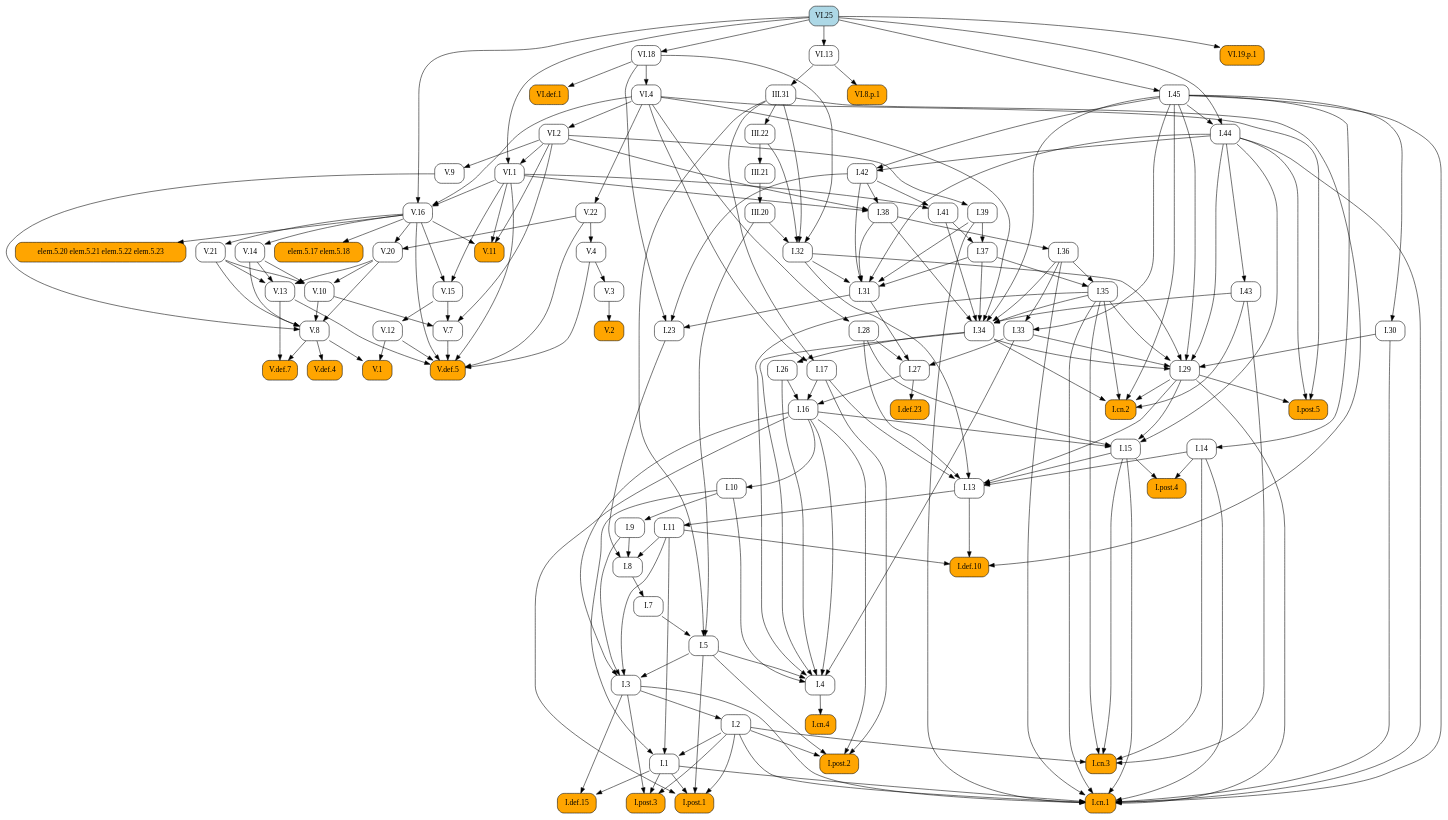
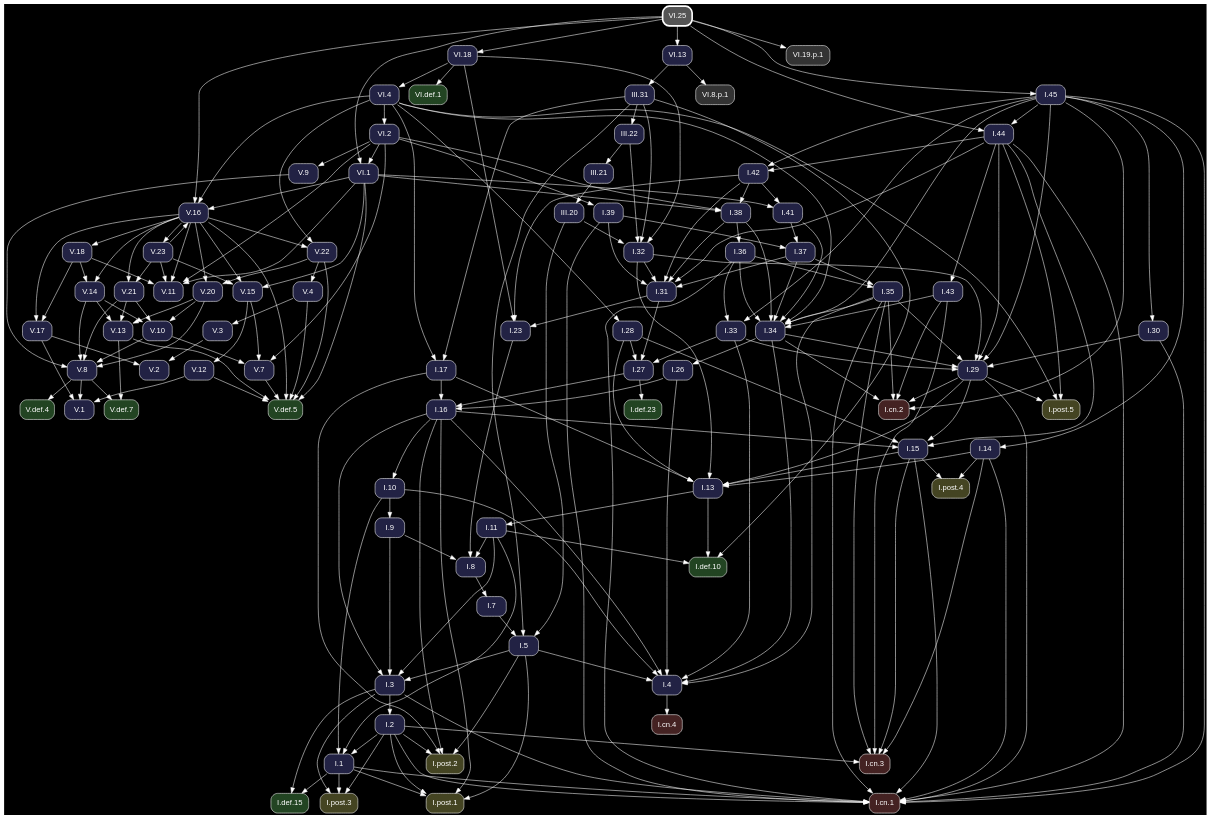
The diagram in docsrc/heath/VI/25/index.rst (geometor/elements), drawn with Graphviz before and after one commit. The commit also changed other lines of this file and 1200 other files, not shown here.

Commit message:
update dependency graphs

```diff
--- a/docsrc/heath/VI/25/index.rst
+++ b/docsrc/heath/VI/25/index.rst
@@ -48,233 +48,100 @@
 .. graphviz::
 
    digraph {
+     bgcolor="black";
+     node [shape=box, style="rounded,filled", fontname="Helvetica", color="white", fontcolor="white"];
+     edge [color="white", fontcolor="white"];
      rankdir="TB";
-     node [shape=box, style=rounded];
-     "I.23" [URL="/heath/I/23/", target="_top"];
-     "I.9" [URL="/heath/I/9/", target="_top"];
-     "VI.def.1" [style="rounded,filled", fillcolor=orange, URL="/heath/VI/def.1/", target="_top"];
-     "V.13" [URL="/heath/V/13/", target="_top"];
-     "I.def.15" [style="rounded,filled", fillcolor=orange, URL="/heath/I/def.15/", target="_top"];
-     "V.7" [URL="/heath/V/7/", target="_top"];
-     "elem.5.17 elem.5.18" [style="rounded,filled", fillcolor=orange];
-     "I.post.1" [style="rounded,filled", fillcolor=orange, URL="/heath/I/post.1/", target="_top"];
-     "V.14" [URL="/heath/V/14/", target="_top"];
-     "III.20" [URL="/heath/III/20/", target="_top"];
-     "I.43" [URL="/heath/I/43/", target="_top"];
-     "V.9" [URL="/heath/V/9/", target="_top"];
-     "I.30" [URL="/heath/I/30/", target="_top"];
-     "I.31" [URL="/heath/I/31/", target="_top"];
-     "III.22" [URL="/heath/III/22/", target="_top"];
-     "V.10" [URL="/heath/V/10/", target="_top"];
-     "I.def.10" [style="rounded,filled", fillcolor=orange, URL="/heath/I/def.10/", target="_top"];
-     "V.4" [URL="/heath/V/4/", target="_top"];
-     "VI.8.p.1" [style="rounded,filled", fillcolor=orange];
-     "VI.1" [URL="/heath/VI/1/", target="_top"];
-     "I.39" [URL="/heath/I/39/", target="_top"];
-     "I.14" [URL="/heath/I/14/", target="_top"];
-     "V.11" [style="rounded,filled", fillcolor=orange, URL="/heath/V/11/", target="_top"];
-     "I.34" [URL="/heath/I/34/", target="_top"];
-     "I.3" [URL="/heath/I/3/", target="_top"];
-     "V.def.4" [style="rounded,filled", fillcolor=orange, URL="/heath/V/def.4/", target="_top"];
-     "VI.25" [style="rounded,filled", fillcolor=lightblue, URL="/heath/VI/25/", target="_top"];
-     "V.def.7" [style="rounded,filled", fillcolor=orange, URL="/heath/V/def.7/", target="_top"];
-     "V.21" [URL="/heath/V/21/", target="_top"];
-     "I.2" [URL="/heath/I/2/", target="_top"];
-     "V.3" [URL="/heath/V/3/", target="_top"];
-     "I.13" [URL="/heath/I/13/", target="_top"];
-     "I.post.4" [style="rounded,filled", fillcolor=orange, URL="/heath/I/post.4/", target="_top"];
-     "I.4" [URL="/heath/I/4/", target="_top"];
-     "I.1" [URL="/heath/I/1/", target="_top"];
-     "I.8" [URL="/heath/I/8/", target="_top"];
-     "I.17" [URL="/heath/I/17/", target="_top"];
-     "I.45" [URL="/heath/I/45/", target="_top"];
-     "I.29" [URL="/heath/I/29/", target="_top"];
-     "I.38" [URL="/heath/I/38/", target="_top"];
-     "V.8" [URL="/heath/V/8/", target="_top"];
-     "I.15" [URL="/heath/I/15/", target="_top"];
-     "I.10" [URL="/heath/I/10/", target="_top"];
-     "I.11" [URL="/heath/I/11/", target="_top"];
-     "I.def.23" [style="rounded,filled", fillcolor=orange, URL="/heath/I/def.23/", target="_top"];
-     "I.44" [URL="/heath/I/44/", target="_top"];
-     "VI.4" [URL="/heath/VI/4/", target="_top"];
-     "I.26" [URL="/heath/I/26/", target="_top"];
-     "V.16" [URL="/heath/V/16/", target="_top"];
-     "I.33" [URL="/heath/I/33/", target="_top"];
-     "I.32" [URL="/heath/I/32/", target="_top"];
-     "I.post.3" [style="rounded,filled", fillcolor=orange, URL="/heath/I/post.3/", target="_top"];
-     "V.def.5" [style="rounded,filled", fillcolor=orange, URL="/heath/V/def.5/", target="_top"];
-     "I.42" [URL="/heath/I/42/", target="_top"];
-     "VI.13" [URL="/heath/VI/13/", target="_top"];
-     "V.20" [URL="/heath/V/20/", target="_top"];
-     "I.27" [URL="/heath/I/27/", target="_top"];
-     "V.12" [URL="/heath/V/12/", target="_top"];
-     "I.35" [URL="/heath/I/35/", target="_top"];
-     "I.cn.1" [style="rounded,filled", fillcolor=orange, URL="/heath/I/cn.1/", target="_top"];
-     "V.2" [style="rounded,filled", fillcolor=orange, URL="/heath/V/2/", target="_top"];
-     "I.7" [URL="/heath/I/7/", target="_top"];
-     "I.36" [URL="/heath/I/36/", target="_top"];
-     "I.5" [URL="/heath/I/5/", target="_top"];
-     "I.37" [URL="/heath/I/37/", target="_top"];
-     "VI.19.p.1" [style="rounded,filled", fillcolor=orange];
-     "I.cn.3" [style="rounded,filled", fillcolor=orange, URL="/heath/I/cn.3/", target="_top"];
-     "I.16" [URL="/heath/I/16/", target="_top"];
-     "III.31" [URL="/heath/III/31/", target="_top"];
-     "VI.18" [URL="/heath/VI/18/", target="_top"];
-     "V.1" [style="rounded,filled", fillcolor=orange, URL="/heath/V/1/", target="_top"];
-     "V.22" [URL="/heath/V/22/", target="_top"];
-     "I.cn.2" [style="rounded,filled", fillcolor=orange, URL="/heath/I/cn.2/", target="_top"];
-     "I.post.5" [style="rounded,filled", fillcolor=orange, URL="/heath/I/post.5/", target="_top"];
-     "I.28" [URL="/heath/I/28/", target="_top"];
-     "VI.2" [URL="/heath/VI/2/", target="_top"];
-     "I.cn.4" [style="rounded,filled", fillcolor=orange, URL="/heath/I/cn.4/", target="_top"];
-     "V.15" [URL="/heath/V/15/", target="_top"];
-     "I.41" [URL="/heath/I/41/", target="_top"];
-     "I.post.2" [style="rounded,filled", fillcolor=orange, URL="/heath/I/post.2/", target="_top"];
-     "III.21" [URL="/heath/III/21/", target="_top"];
-     "elem.5.20 elem.5.21 elem.5.22 elem.5.23" [style="rounded,filled", fillcolor=orange];
-     "I.31" -> "I.23";
-     "I.42" -> "I.23";
-     "VI.18" -> "I.23";
-     "I.10" -> "I.9";
-     "VI.18" -> "VI.def.1";
-     "V.14" -> "V.13";
-     "V.20" -> "V.13";
-     "V.21" -> "V.13";
-     "I.1" -> "I.def.15";
-     "I.3" -> "I.def.15";
-     "V.10" -> "V.7";
-     "V.15" -> "V.7";
-     "VI.2" -> "V.7";
-     "V.16" -> "elem.5.17 elem.5.18";
-     "I.1" -> "I.post.1";
-     "I.2" -> "I.post.1";
-     "I.5" -> "I.post.1";
-     "I.16" -> "I.post.1";
-     "V.16" -> "V.14";
-     "III.21" -> "III.20";
-     "I.44" -> "I.43";
-     "VI.2" -> "V.9";
-     "I.45" -> "I.30";
-     "I.32" -> "I.31";
-     "I.37" -> "I.31";
-     "I.38" -> "I.31";
-     "I.39" -> "I.31";
-     "I.42" -> "I.31";
-     "I.44" -> "I.31";
-     "III.31" -> "III.22";
-     "V.14" -> "V.10";
-     "V.20" -> "V.10";
-     "V.21" -> "V.10";
-     "I.11" -> "I.def.10";
-     "I.13" -> "I.def.10";
-     "III.31" -> "I.def.10";
-     "V.22" -> "V.4";
-     "VI.13" -> "VI.8.p.1";
-     "VI.2" -> "VI.1";
-     "VI.25" -> "VI.1";
-     "VI.2" -> "I.39";
-     "I.45" -> "I.14";
-     "V.16" -> "V.11";
-     "VI.1" -> "V.11";
-     "VI.2" -> "V.11";
-     "I.35" -> "I.34";
-     "I.36" -> "I.34";
-     "I.37" -> "I.34";
-     "I.38" -> "I.34";
-     "I.41" -> "I.34";
-     "I.43" -> "I.34";
-     "I.45" -> "I.34";
-     "VI.4" -> "I.34";
-     "I.5" -> "I.3";
-     "I.9" -> "I.3";
-     "I.11" -> "I.3";
-     "I.16" -> "I.3";
-     "V.8" -> "V.def.4";
-     "V.8" -> "V.def.7";
-     "V.13" -> "V.def.7";
-     "V.16" -> "V.21";
-     "I.3" -> "I.2";
-     "V.4" -> "V.3";
-     "I.14" -> "I.13";
-     "I.15" -> "I.13";
-     "I.17" -> "I.13";
-     "I.28" -> "I.13";
-     "I.29" -> "I.13";
-     "I.32" -> "I.13";
-     "I.14" -> "I.post.4";
-     "I.15" -> "I.post.4";
-     "I.5" -> "I.4";
-     "I.10" -> "I.4";
-     "I.16" -> "I.4";
-     "I.26" -> "I.4";
-     "I.33" -> "I.4";
-     "I.34" -> "I.4";
-     "I.35" -> "I.4";
-     "I.2" -> "I.1";
-     "I.10" -> "I.1";
-     "I.11" -> "I.1";
-     "I.9" -> "I.8";
-     "I.11" -> "I.8";
-     "I.23" -> "I.8";
-     "III.31" -> "I.17";
-     "VI.4" -> "I.17";
-     "VI.25" -> "I.45";
-     "I.30" -> "I.29";
-     "I.32" -> "I.29";
-     "I.33" -> "I.29";
-     "I.34" -> "I.29";
-     "I.35" -> "I.29";
-     "I.44" -> "I.29";
-     "I.45" -> "I.29";
-     "I.42" -> "I.38";
-     "VI.1" -> "I.38";
-     "VI.2" -> "I.38";
-     "V.9" -> "V.8";
-     "V.10" -> "V.8";
-     "V.14" -> "V.8";
-     "V.20" -> "V.8";
-     "V.21" -> "V.8";
-     "I.16" -> "I.15";
-     "I.28" -> "I.15";
-     "I.29" -> "I.15";
-     "I.44" -> "I.15";
-     "I.16" -> "I.10";
-     "I.13" -> "I.11";
-     "I.27" -> "I.def.23";
-     "I.45" -> "I.44";
-     "VI.25" -> "I.44";
-     "VI.18" -> "VI.4";
-     "I.34" -> "I.26";
-     "VI.1" -> "V.16";
-     "VI.4" -> "V.16";
-     "VI.25" -> "V.16";
-     "I.36" -> "I.33";
-     "I.45" -> "I.33";
+     "V.15" [fillcolor="#222244", URL="/heath/V/15/", target="_top"];
+     "I.32" [fillcolor="#222244", URL="/heath/I/32/", target="_top"];
+     "I.cn.1" [fillcolor="#442222", URL="/heath/I/cn.1/", target="_top"];
+     "V.18" [fillcolor="#222244", URL="/heath/V/18/", target="_top"];
+     "V.14" [fillcolor="#222244", URL="/heath/V/14/", target="_top"];
+     "I.28" [fillcolor="#222244", URL="/heath/I/28/", target="_top"];
+     "I.27" [fillcolor="#222244", URL="/heath/I/27/", target="_top"];
+     "V.23" [fillcolor="#222244", URL="/heath/V/23/", target="_top"];
+     "I.2" [fillcolor="#222244", URL="/heath/I/2/", target="_top"];
+     "I.41" [fillcolor="#222244", URL="/heath/I/41/", target="_top"];
+     "I.43" [fillcolor="#222244", URL="/heath/I/43/", target="_top"];
+     "I.post.4" [fillcolor="#444422", URL="/heath/I/post.4/", target="_top"];
+     "I.42" [fillcolor="#222244", URL="/heath/I/42/", target="_top"];
+     "I.26" [fillcolor="#222244", URL="/heath/I/26/", target="_top"];
+     "I.8" [fillcolor="#222244", URL="/heath/I/8/", target="_top"];
+     "V.4" [fillcolor="#222244", URL="/heath/V/4/", target="_top"];
+     "V.16" [fillcolor="#222244", URL="/heath/V/16/", target="_top"];
+     "VI.2" [fillcolor="#222244", URL="/heath/VI/2/", target="_top"];
+     "I.7" [fillcolor="#222244", URL="/heath/I/7/", target="_top"];
+     "I.5" [fillcolor="#222244", URL="/heath/I/5/", target="_top"];
+     "V.11" [fillcolor="#222244", URL="/heath/V/11/", target="_top"];
+     "V.def.4" [fillcolor="#224422", URL="/heath/V/def.4/", target="_top"];
+     "V.20" [fillcolor="#222244", URL="/heath/V/20/", target="_top"];
+     "I.11" [fillcolor="#222244", URL="/heath/I/11/", target="_top"];
+     "I.37" [fillcolor="#222244", URL="/heath/I/37/", target="_top"];
+     "I.cn.3" [fillcolor="#442222", URL="/heath/I/cn.3/", target="_top"];
+     "III.21" [fillcolor="#222244", URL="/heath/III/21/", target="_top"];
+     "I.36" [fillcolor="#222244", URL="/heath/I/36/", target="_top"];
+     "I.38" [fillcolor="#222244", URL="/heath/I/38/", target="_top"];
+     "I.post.2" [fillcolor="#444422", URL="/heath/I/post.2/", target="_top"];
+     "I.def.23" [fillcolor="#224422", URL="/heath/I/def.23/", target="_top"];
+     "I.35" [fillcolor="#222244", URL="/heath/I/35/", target="_top"];
+     "I.30" [fillcolor="#222244", URL="/heath/I/30/", target="_top"];
+     "III.31" [fillcolor="#222244", URL="/heath/III/31/", target="_top"];
+     "I.post.3" [fillcolor="#444422", URL="/heath/I/post.3/", target="_top"];
+     "V.13" [fillcolor="#222244", URL="/heath/V/13/", target="_top"];
+     "I.33" [fillcolor="#222244", URL="/heath/I/33/", target="_top"];
+     "V.8" [fillcolor="#222244", URL="/heath/V/8/", target="_top"];
+     "I.45" [fillcolor="#222244", URL="/heath/I/45/", target="_top"];
+     "III.20" [fillcolor="#222244", URL="/heath/III/20/", target="_top"];
+     "V.10" [fillcolor="#222244", URL="/heath/V/10/", target="_top"];
+     "I.17" [fillcolor="#222244", URL="/heath/I/17/", target="_top"];
+     "V.def.5" [fillcolor="#224422", URL="/heath/V/def.5/", target="_top"];
+     "V.22" [fillcolor="#222244", URL="/heath/V/22/", target="_top"];
+     "I.31" [fillcolor="#222244", URL="/heath/I/31/", target="_top"];
+     "I.3" [fillcolor="#222244", URL="/heath/I/3/", target="_top"];
+     "V.12" [fillcolor="#222244", URL="/heath/V/12/", target="_top"];
+     "I.def.10" [fillcolor="#224422", URL="/heath/I/def.10/", target="_top"];
+     "I.15" [fillcolor="#222244", URL="/heath/I/15/", target="_top"];
+     "VI.8.p.1" [fillcolor="#333333"];
+     "I.39" [fillcolor="#222244", URL="/heath/I/39/", target="_top"];
+     "I.13" [fillcolor="#222244", URL="/heath/I/13/", target="_top"];
+     "VI.18" [fillcolor="#222244", URL="/heath/VI/18/", target="_top"];
+     "I.cn.2" [fillcolor="#442222", URL="/heath/I/cn.2/", target="_top"];
+     "VI.13" [fillcolor="#222244", URL="/heath/VI/13/", target="_top"];
+     "I.9" [fillcolor="#222244", URL="/heath/I/9/", target="_top"];
+     "VI.19.p.1" [fillcolor="#333333"];
+     "VI.def.1" [fillcolor="#224422", URL="/heath/VI/def.1/", target="_top"];
+     "I.post.5" [fillcolor="#444422", URL="/heath/I/post.5/", target="_top"];
+     "I.1" [fillcolor="#222244", URL="/heath/I/1/", target="_top"];
+     "I.23" [fillcolor="#222244", URL="/heath/I/23/", target="_top"];
+     "I.4" [fillcolor="#222244", URL="/heath/I/4/", target="_top"];
+     "VI.4" [fillcolor="#222244", URL="/heath/VI/4/", target="_top"];
+     "V.7" [fillcolor="#222244", URL="/heath/V/7/", target="_top"];
+     "V.9" [fillcolor="#222244", URL="/heath/V/9/", target="_top"];
+     "VI.1" [fillcolor="#222244", URL="/heath/VI/1/", target="_top"];
+     "I.10" [fillcolor="#222244", URL="/heath/I/10/", target="_top"];
+     "III.22" [fillcolor="#222244", URL="/heath/III/22/", target="_top"];
+     "V.def.7" [fillcolor="#224422", URL="/heath/V/def.7/", target="_top"];
+     "I.post.1" [fillcolor="#444422", URL="/heath/I/post.1/", target="_top"];
+     "I.16" [fillcolor="#222244", URL="/heath/I/16/", target="_top"];
+     "I.29" [fillcolor="#222244", URL="/heath/I/29/", target="_top"];
+     "I.cn.4" [fillcolor="#442222", URL="/heath/I/cn.4/", target="_top"];
+     "I.14" [fillcolor="#222244", URL="/heath/I/14/", target="_top"];
+     "V.2" [fillcolor="#222244", URL="/heath/V/2/", target="_top"];
+     "V.1" [fillcolor="#222244", URL="/heath/V/1/", target="_top"];
+     "VI.25" [penwidth=3, color="white", fillcolor="#555555", URL="/heath/VI/25/", target="_top"];
+     "V.21" [fillcolor="#222244", URL="/heath/V/21/", target="_top"];
+     "I.34" [fillcolor="#222244", URL="/heath/I/34/", target="_top"];
+     "I.44" [fillcolor="#222244", URL="/heath/I/44/", target="_top"];
+     "I.def.15" [fillcolor="#224422", URL="/heath/I/def.15/", target="_top"];
+     "V.3" [fillcolor="#222244", URL="/heath/V/3/", target="_top"];
+     "V.17" [fillcolor="#222244", URL="/heath/V/17/", target="_top"];
+     "V.16" -> "V.15";
+     "V.23" -> "V.15";
+     "VI.1" -> "V.15";
      "III.20" -> "I.32";
      "III.22" -> "I.32";
      "III.31" -> "I.32";
      "VI.18" -> "I.32";
-     "I.1" -> "I.post.3";
-     "I.2" -> "I.post.3";
-     "I.3" -> "I.post.3";
-     "V.4" -> "V.def.5";
-     "V.7" -> "V.def.5";
-     "V.12" -> "V.def.5";
-     "V.13" -> "V.def.5";
-     "V.16" -> "V.def.5";
-     "V.22" -> "V.def.5";
-     "VI.1" -> "V.def.5";
-     "I.44" -> "I.42";
-     "I.45" -> "I.42";
-     "VI.25" -> "VI.13";
-     "V.16" -> "V.20";
-     "V.22" -> "V.20";
-     "I.28" -> "I.27";
-     "I.31" -> "I.27";
-     "I.33" -> "I.27";
-     "V.15" -> "V.12";
-     "I.36" -> "I.35";
-     "I.37" -> "I.35";
      "I.1" -> "I.cn.1";
      "I.2" -> "I.cn.1";
      "I.3" -> "I.cn.1";
@@ -287,47 +154,194 @@
      "I.39" -> "I.cn.1";
      "I.44" -> "I.cn.1";
      "I.45" -> "I.cn.1";
-     "V.3" -> "V.2";
+     "V.16" -> "V.18";
+     "V.16" -> "V.14";
+     "V.18" -> "V.14";
+     "VI.4" -> "I.28";
+     "I.28" -> "I.27";
+     "I.31" -> "I.27";
+     "I.33" -> "I.27";
+     "V.16" -> "V.23";
+     "I.3" -> "I.2";
+     "I.42" -> "I.41";
+     "VI.1" -> "I.41";
+     "I.44" -> "I.43";
+     "I.14" -> "I.post.4";
+     "I.15" -> "I.post.4";
+     "I.44" -> "I.42";
+     "I.45" -> "I.42";
+     "I.34" -> "I.26";
+     "I.9" -> "I.8";
+     "I.11" -> "I.8";
+     "I.23" -> "I.8";
+     "V.22" -> "V.4";
+     "V.23" -> "V.16";
+     "VI.1" -> "V.16";
+     "VI.4" -> "V.16";
+     "VI.25" -> "V.16";
+     "VI.4" -> "VI.2";
      "I.8" -> "I.7";
-     "I.38" -> "I.36";
      "I.7" -> "I.5";
      "III.20" -> "I.5";
      "III.31" -> "I.5";
+     "V.16" -> "V.11";
+     "V.18" -> "V.11";
+     "V.23" -> "V.11";
+     "VI.1" -> "V.11";
+     "VI.2" -> "V.11";
+     "V.8" -> "V.def.4";
+     "V.16" -> "V.20";
+     "V.22" -> "V.20";
+     "I.13" -> "I.11";
      "I.39" -> "I.37";
      "I.41" -> "I.37";
-     "VI.25" -> "VI.19.p.1";
      "I.2" -> "I.cn.3";
      "I.14" -> "I.cn.3";
      "I.15" -> "I.cn.3";
      "I.35" -> "I.cn.3";
      "I.43" -> "I.cn.3";
-     "I.17" -> "I.16";
-     "I.26" -> "I.16";
-     "I.27" -> "I.16";
+     "III.22" -> "III.21";
+     "I.38" -> "I.36";
+     "I.42" -> "I.38";
+     "VI.1" -> "I.38";
+     "VI.2" -> "I.38";
+     "I.2" -> "I.post.2";
+     "I.5" -> "I.post.2";
+     "I.16" -> "I.post.2";
+     "I.17" -> "I.post.2";
+     "I.27" -> "I.def.23";
+     "I.36" -> "I.35";
+     "I.37" -> "I.35";
+     "I.45" -> "I.30";
      "VI.13" -> "III.31";
+     "I.1" -> "I.post.3";
+     "I.2" -> "I.post.3";
+     "I.3" -> "I.post.3";
+     "V.14" -> "V.13";
+     "V.20" -> "V.13";
+     "V.21" -> "V.13";
+     "I.36" -> "I.33";
+     "I.45" -> "I.33";
+     "V.9" -> "V.8";
+     "V.10" -> "V.8";
+     "V.14" -> "V.8";
+     "V.20" -> "V.8";
+     "V.21" -> "V.8";
+     "VI.25" -> "I.45";
+     "III.21" -> "III.20";
+     "V.14" -> "V.10";
+     "V.20" -> "V.10";
+     "V.21" -> "V.10";
+     "III.31" -> "I.17";
+     "VI.4" -> "I.17";
+     "V.4" -> "V.def.5";
+     "V.7" -> "V.def.5";
+     "V.12" -> "V.def.5";
+     "V.13" -> "V.def.5";
+     "V.16" -> "V.def.5";
+     "V.22" -> "V.def.5";
+     "VI.1" -> "V.def.5";
+     "V.16" -> "V.22";
+     "VI.4" -> "V.22";
+     "I.32" -> "I.31";
+     "I.37" -> "I.31";
+     "I.38" -> "I.31";
+     "I.39" -> "I.31";
+     "I.42" -> "I.31";
+     "I.44" -> "I.31";
+     "I.5" -> "I.3";
+     "I.9" -> "I.3";
+     "I.11" -> "I.3";
+     "I.16" -> "I.3";
+     "V.15" -> "V.12";
+     "I.11" -> "I.def.10";
+     "I.13" -> "I.def.10";
+     "III.31" -> "I.def.10";
+     "I.16" -> "I.15";
+     "I.28" -> "I.15";
+     "I.29" -> "I.15";
+     "I.44" -> "I.15";
+     "VI.13" -> "VI.8.p.1";
+     "VI.2" -> "I.39";
+     "I.14" -> "I.13";
+     "I.15" -> "I.13";
+     "I.17" -> "I.13";
+     "I.28" -> "I.13";
+     "I.29" -> "I.13";
+     "I.32" -> "I.13";
      "VI.25" -> "VI.18";
-     "V.8" -> "V.1";
-     "V.12" -> "V.1";
-     "VI.4" -> "V.22";
      "I.29" -> "I.cn.2";
      "I.34" -> "I.cn.2";
      "I.35" -> "I.cn.2";
      "I.43" -> "I.cn.2";
      "I.45" -> "I.cn.2";
+     "VI.25" -> "VI.13";
+     "I.10" -> "I.9";
+     "VI.25" -> "VI.19.p.1";
+     "VI.18" -> "VI.def.1";
      "I.29" -> "I.post.5";
      "I.44" -> "I.post.5";
      "VI.4" -> "I.post.5";
-     "VI.4" -> "I.28";
-     "VI.4" -> "VI.2";
+     "I.2" -> "I.1";
+     "I.10" -> "I.1";
+     "I.11" -> "I.1";
+     "I.31" -> "I.23";
+     "I.42" -> "I.23";
+     "VI.18" -> "I.23";
+     "I.5" -> "I.4";
+     "I.10" -> "I.4";
+     "I.16" -> "I.4";
+     "I.26" -> "I.4";
+     "I.33" -> "I.4";
+     "I.34" -> "I.4";
+     "I.35" -> "I.4";
+     "VI.18" -> "VI.4";
+     "V.10" -> "V.7";
+     "V.15" -> "V.7";
+     "VI.2" -> "V.7";
+     "VI.2" -> "V.9";
+     "VI.2" -> "VI.1";
+     "VI.25" -> "VI.1";
+     "I.16" -> "I.10";
+     "III.31" -> "III.22";
+     "V.8" -> "V.def.7";
+     "V.13" -> "V.def.7";
+     "I.1" -> "I.post.1";
+     "I.2" -> "I.post.1";
+     "I.5" -> "I.post.1";
+     "I.16" -> "I.post.1";
+     "I.17" -> "I.16";
+     "I.26" -> "I.16";
+     "I.27" -> "I.16";
+     "I.30" -> "I.29";
+     "I.32" -> "I.29";
+     "I.33" -> "I.29";
+     "I.34" -> "I.29";
+     "I.35" -> "I.29";
+     "I.44" -> "I.29";
+     "I.45" -> "I.29";
      "I.4" -> "I.cn.4";
-     "V.16" -> "V.15";
-     "VI.1" -> "V.15";
-     "I.42" -> "I.41";
-     "VI.1" -> "I.41";
-     "I.2" -> "I.post.2";
-     "I.5" -> "I.post.2";
-     "I.16" -> "I.post.2";
-     "I.17" -> "I.post.2";
-     "III.22" -> "III.21";
-     "V.16" -> "elem.5.20 elem.5.21 elem.5.22 elem.5.23";
+     "I.45" -> "I.14";
+     "V.3" -> "V.2";
+     "V.17" -> "V.2";
+     "V.8" -> "V.1";
+     "V.12" -> "V.1";
+     "V.17" -> "V.1";
+     "V.16" -> "V.21";
+     "V.23" -> "V.21";
+     "I.35" -> "I.34";
+     "I.36" -> "I.34";
+     "I.37" -> "I.34";
+     "I.38" -> "I.34";
+     "I.41" -> "I.34";
+     "I.43" -> "I.34";
+     "I.45" -> "I.34";
+     "VI.4" -> "I.34";
+     "I.45" -> "I.44";
+     "VI.25" -> "I.44";
+     "I.1" -> "I.def.15";
+     "I.3" -> "I.def.15";
+     "V.4" -> "V.3";
+     "V.16" -> "V.17";
+     "V.18" -> "V.17";
    }
```
